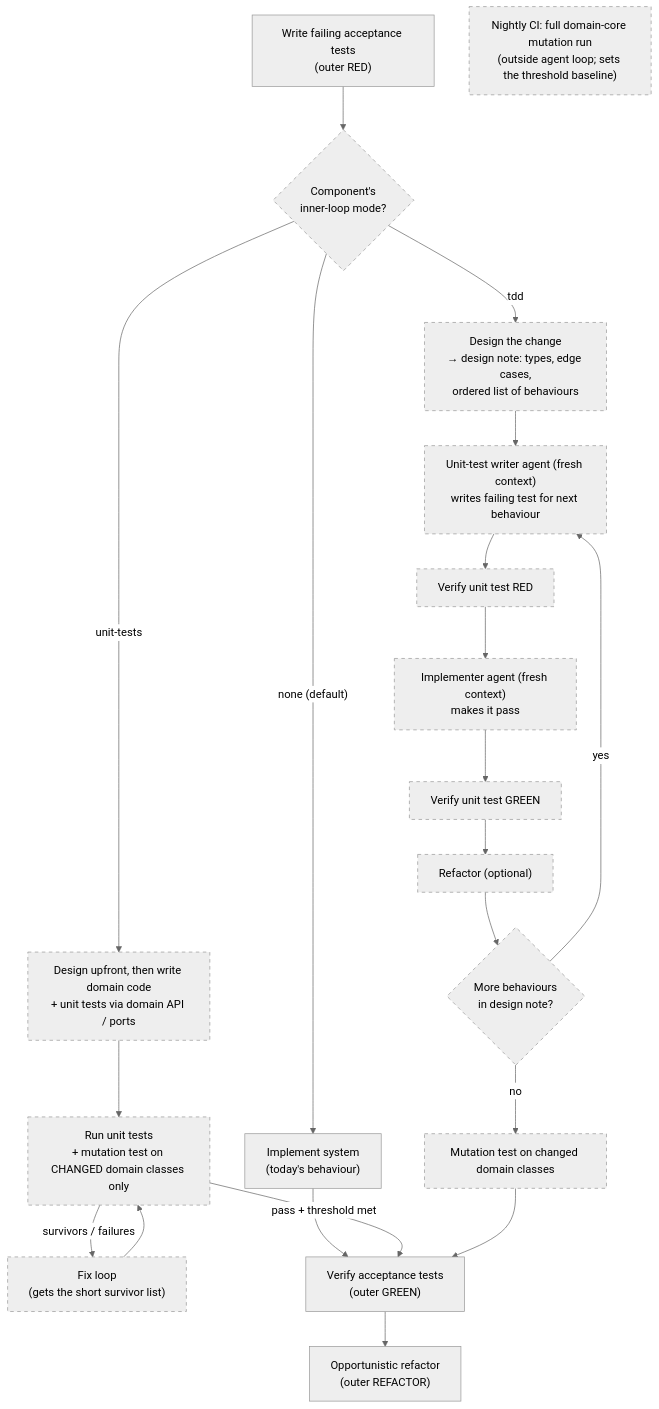
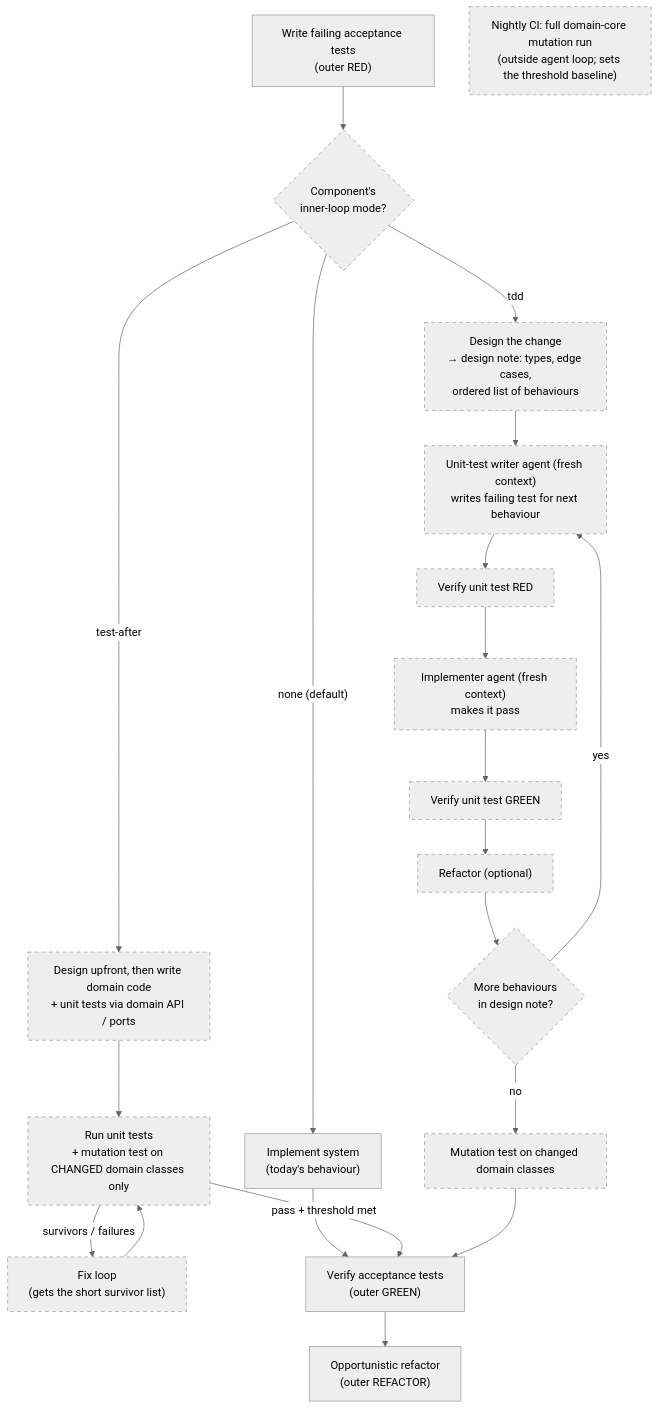
One commit to optivem/gh-optivem changed the diagram in plans/backlog/p2-atdd-quality/20261023-0959-optional-inner-tdd-loop-per-component.md. Above: the diagram before and after it, drawn with Mermaid (neutral theme). The commit also changed other lines of this file, not shown here.

Commit message:
inner-loop plan: rename unit-tests mode to test-after; resolve open questions

````diff
--- a/plans/backlog/p2-atdd-quality/20261023-0959-optional-inner-tdd-loop-per-component.md
+++ b/plans/backlog/p2-atdd-quality/20261023-0959-optional-inner-tdd-loop-per-component.md
@@ -46,31 +46,31 @@
 ```mermaid
 flowchart TD
     A["Write failing acceptance tests<br/>(outer RED)"] --> G{"Component's<br/>inner-loop mode?"}
 
     G -- "none (default)" --> N["Implement system<br/>(today's behaviour)"]
 
-    G -- "unit-tests" --> U1["Design upfront, then write domain code<br/>+ unit tests via domain API / ports"]
+    G -- "test-after" --> U1["Design upfront, then write domain code<br/>+ unit tests via domain API / ports"]
     U1 --> U2["Run unit tests<br/>+ mutation test on CHANGED domain classes only"]
     U2 -- "survivors / failures" --> U3["Fix loop<br/>(gets the short survivor list)"]
     U3 --> U2
 
     G -- "tdd" --> T0["Design the change<br/>→ design note: types, edge cases,<br/>ordered list of behaviours"]
     T0 --> T1["Unit-test writer agent (fresh context)<br/>writes failing test for next behaviour"]
     T1 --> T2["Verify unit test RED"]
     T2 --> T3["Implementer agent (fresh context)<br/>makes it pass"]
     T3 --> T4["Verify unit test GREEN"]
     T4 --> T5["Refactor (optional)"]
     T5 --> T6{"More behaviours<br/>in design note?"}
     T6 -- yes --> T1
     T6 -- no --> T7["Mutation test on changed domain classes"]
 
     N --> V["Verify acceptance tests<br/>(outer GREEN)"]
     U2 -- "pass + threshold met" --> V
     T7 --> V
     V --> R["Opportunistic refactor<br/>(outer REFACTOR)"]
 
     NIGHT["Nightly CI: full domain-core mutation run<br/>(outside agent loop; sets the threshold baseline)"]
 
     classDef new stroke-dasharray: 5 5;
     class G,U1,U2,U3,T0,T1,T2,T3,T4,T5,T6,T7,NIGHT new;
 ```
````
